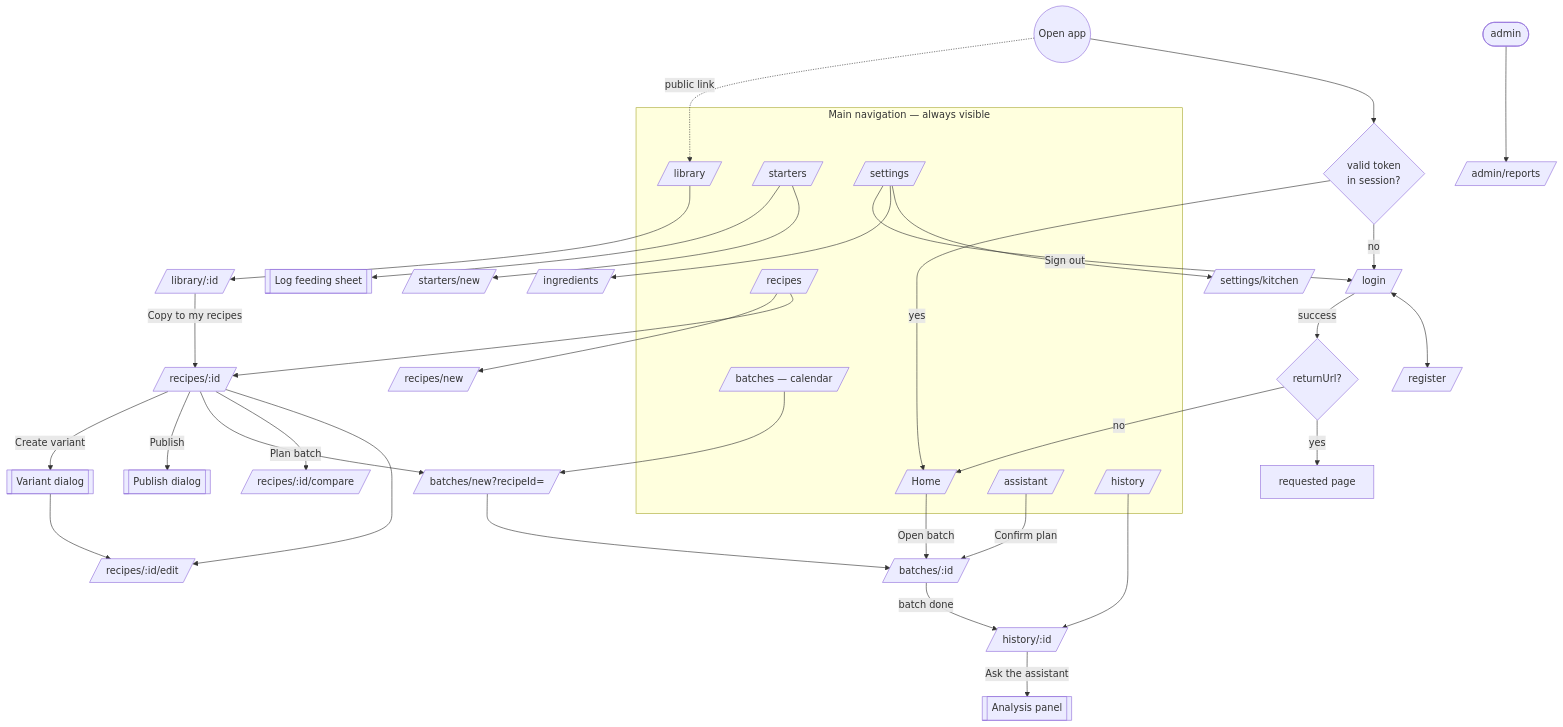
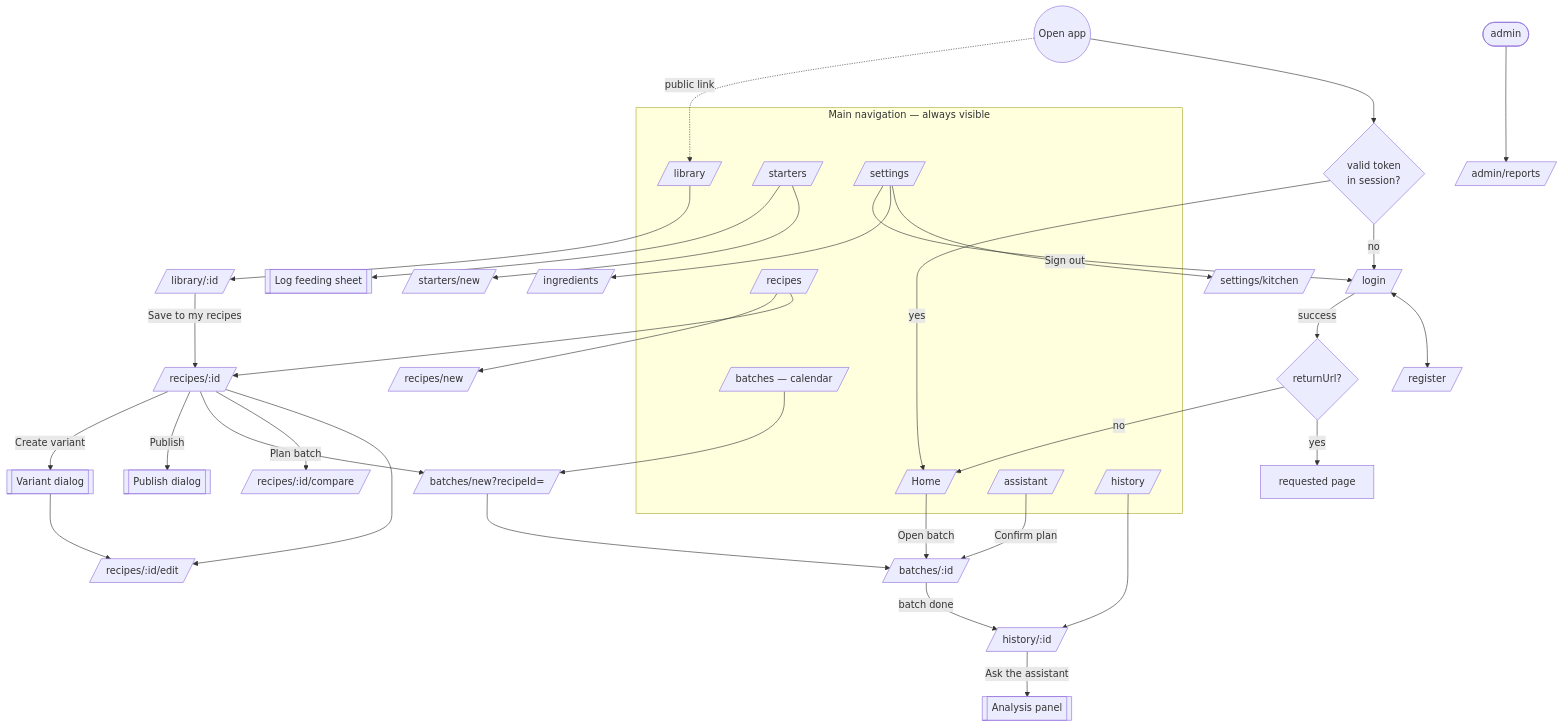
One commit to fedokgeniy/OneLoaf-BackEnd changed the first of 6 diagrams in docs/frontend/user-flows.md. Above: the diagram before and after it, drawn with Mermaid. The commit also changed other lines of this file and 126 other files, not shown here.

````diff
--- a/docs/frontend/user-flows.md
+++ b/docs/frontend/user-flows.md
@@ -5,44 +5,44 @@
 ```mermaid
 flowchart TB
     start((Open app)) --> hasToken{valid token<br/>in session?}
     hasToken -- no --> login[/login/]
     hasToken -- yes --> home[/ Home/]
     start -.public link.-> library[/library/]
     login <--> register[/register/]
     login -->|success| ret{returnUrl?}
     ret -- yes --> back[requested page]
     ret -- no --> home
 
     subgraph nav [Main navigation — always visible]
       home
       recipes[/recipes/]
       batches[/batches — calendar/]
       starters[/starters/]
       assistant[/assistant/]
       library
       history[/history/]
       settings[/settings/]
     end
 
     recipes --> recipe[/recipes/:id/]
     recipes --> newRecipe[/recipes/new/]
     recipe --> edit[/recipes/:id/edit/]
     recipe --> compare[/recipes/:id/compare/]
     recipe -->|Plan batch| newBatch[/batches/new?recipeId=/]
     recipe -->|Publish| publish[[Publish dialog]]
     recipe -->|Create variant| variant[[Variant dialog]] --> edit
     batches --> newBatch --> batch[/batches/:id/]
     home -->|Open batch| batch
     batch -->|batch done| historyRec[/history/:id/]
     starters --> newStarter[/starters/new/]
     starters --> feed[[Log feeding sheet]]
     history --> historyRec
     historyRec -->|Ask the assistant| analysis[[Analysis panel]]
     assistant -->|Confirm plan| batch
     library --> libDetail[/library/:id/]
-    libDetail -->|Copy to my recipes| recipe
+    libDetail -->|Save to my recipes| recipe
     settings --> kitchen[/settings/kitchen/]
     settings --> ingredients[/ingredients/]
     settings -->|Sign out| login
     admin([admin]) --> reports[/admin/reports/]
 ```
````
